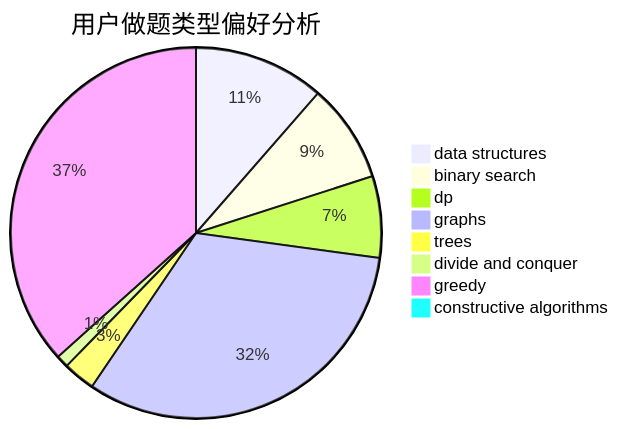
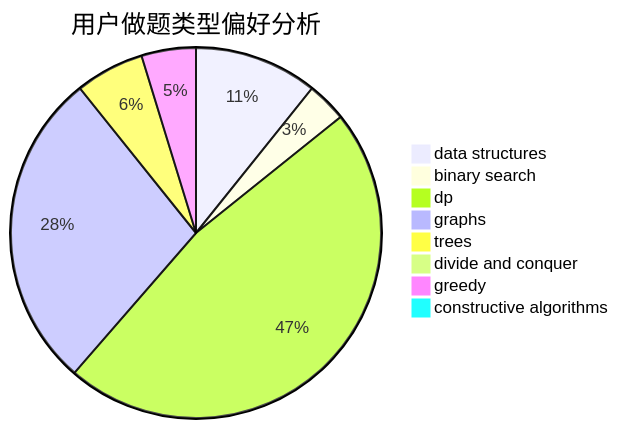
The second of 3 diagrams in docs/user/u1296.md (sherpahu/cfrs.github.io), drawn with Mermaid before and after one commit. The commit also changed other lines of this file and 2770 other files, not shown here.

````diff
--- a/docs/user/u1296.md
+++ b/docs/user/u1296.md
@@ -23,11 +23,11 @@
 ```mermaid
 pie title 用户做题类型偏好分析
-    "data structures" :  53
-    "binary search" :  40
-    "dp" :  33
-    "graphs" :  150
-    "trees" :  13
-    "divide and conquer" :  5
-    "greedy" :  170
-    "constructive algorithms" :  0
+    "data structures" :  34
+    "binary search" :  11
+    "dp" :  149
+    "graphs" :  88
+    "trees" :  19
+    "divide and conquer" :  2
+    "greedy" :  15
+    "constructive algorithms" :  1
 ```
````
